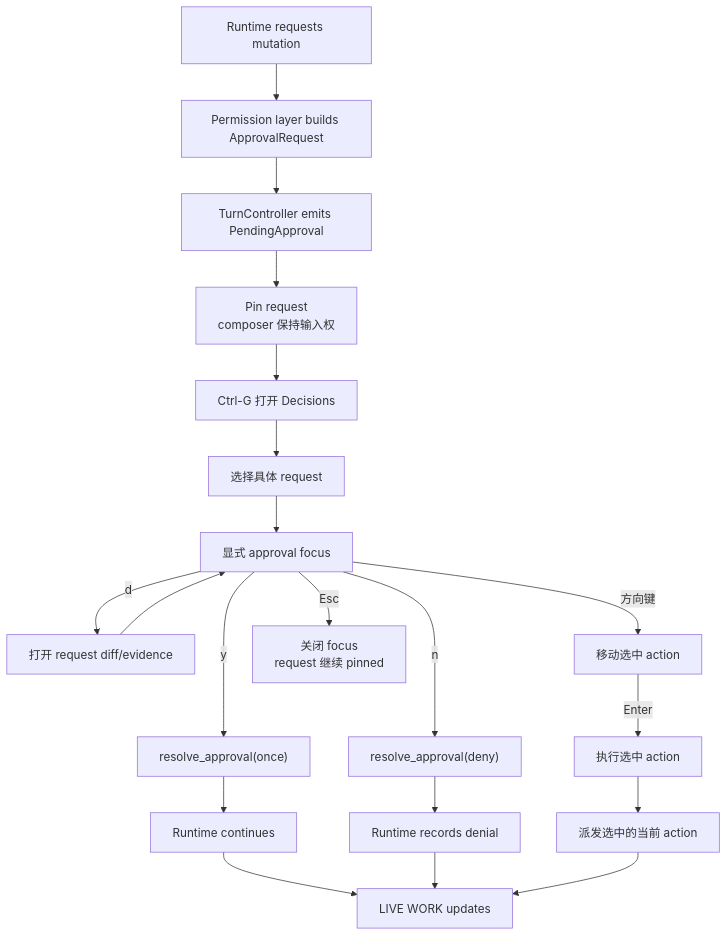
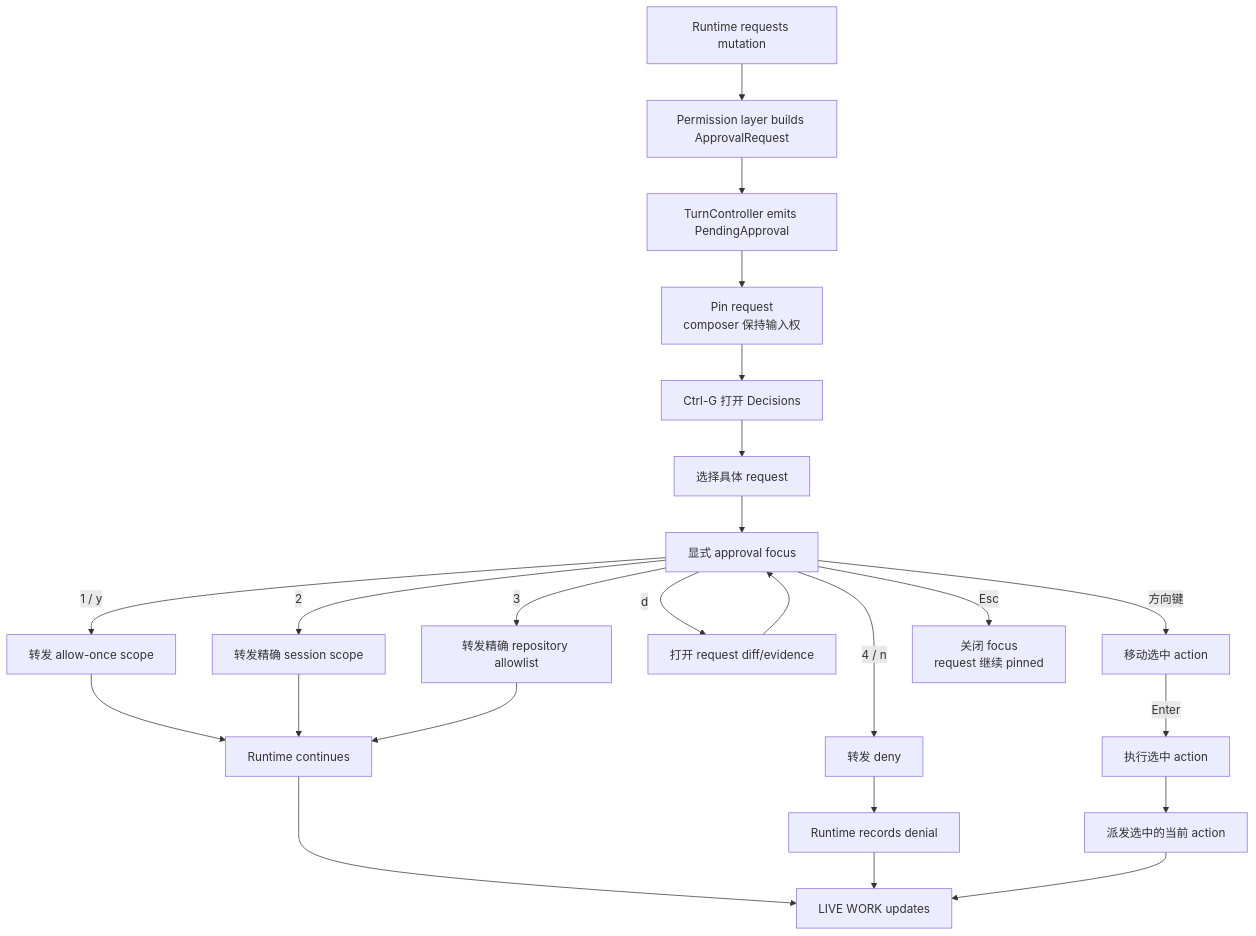
One commit to wikieden/robocode changed the sixth of 10 diagrams in docs/tui-interaction-flow-design.zh-CN.md. Above: the diagram before and after it, drawn with Mermaid. The commit also changed other lines of this file and 14 other files, not shown here.

````diff
--- a/docs/tui-interaction-flow-design.zh-CN.md
+++ b/docs/tui-interaction-flow-design.zh-CN.md
@@ -218,22 +220,26 @@
 ```mermaid
 flowchart TD
     A["Runtime requests mutation"] --> B["Permission layer builds ApprovalRequest"]
     B --> C["TurnController emits PendingApproval"]
     C --> D["Pin request<br/>composer 保持输入权"]
     D --> E["Ctrl-G 打开 Decisions"]
     E --> F["选择具体 request"]
     F --> G["显式 approval focus"]
-    G -->|y| H["resolve_approval(once)"]
-    G -->|n| I["resolve_approval(deny)"]
+    G -->|1 / y| H["转发 allow-once scope"]
+    G -->|2| H2["转发精确 session scope"]
+    G -->|3| H3["转发精确 repository allowlist"]
+    G -->|4 / n| I["转发 deny"]
     G -->|d| J["打开 request diff/evidence"]
     G -->|方向键| K["移动选中 action"]
     K -->|Enter| L["执行选中 action"]
     G -->|Esc| M["关闭 focus<br/>request 继续 pinned"]
     J --> G
     H --> N["Runtime continues"]
+    H2 --> N
+    H3 --> N
     I --> O["Runtime records denial"]
     L --> P["派发选中的当前 action"]
     N --> Q["LIVE WORK updates"]
     O --> Q
     P --> Q
 ```
````
